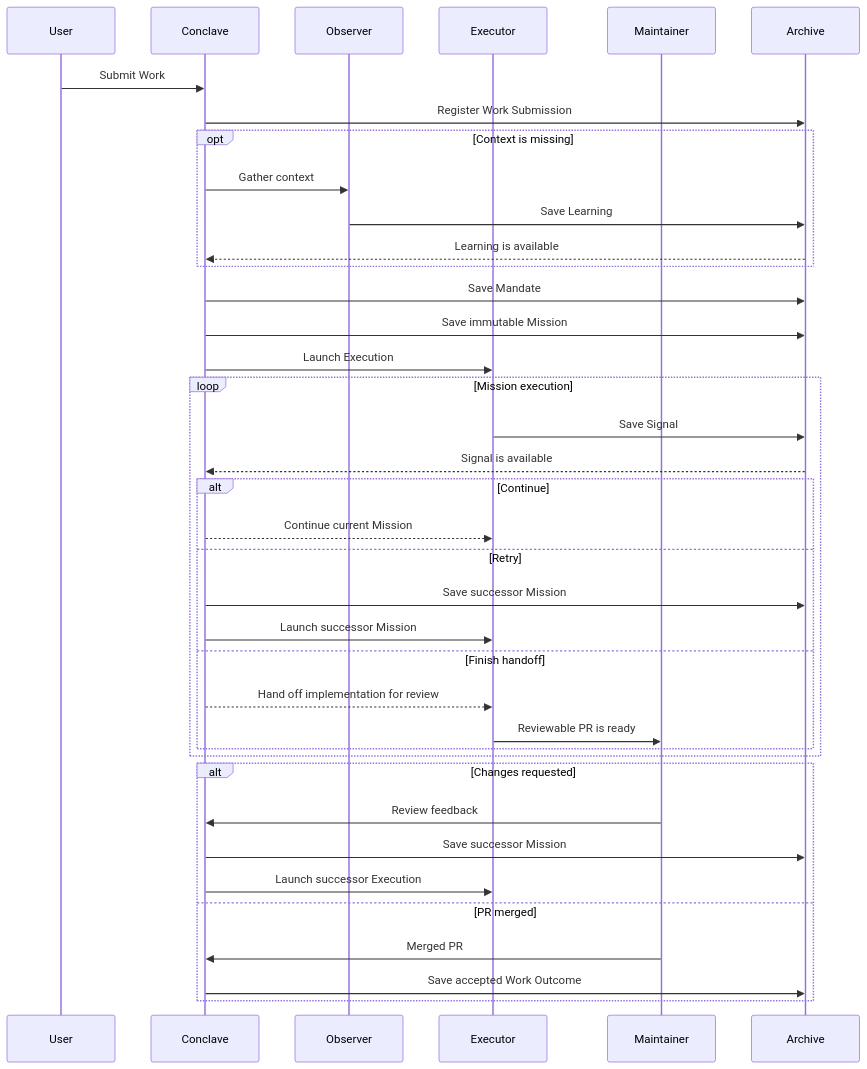
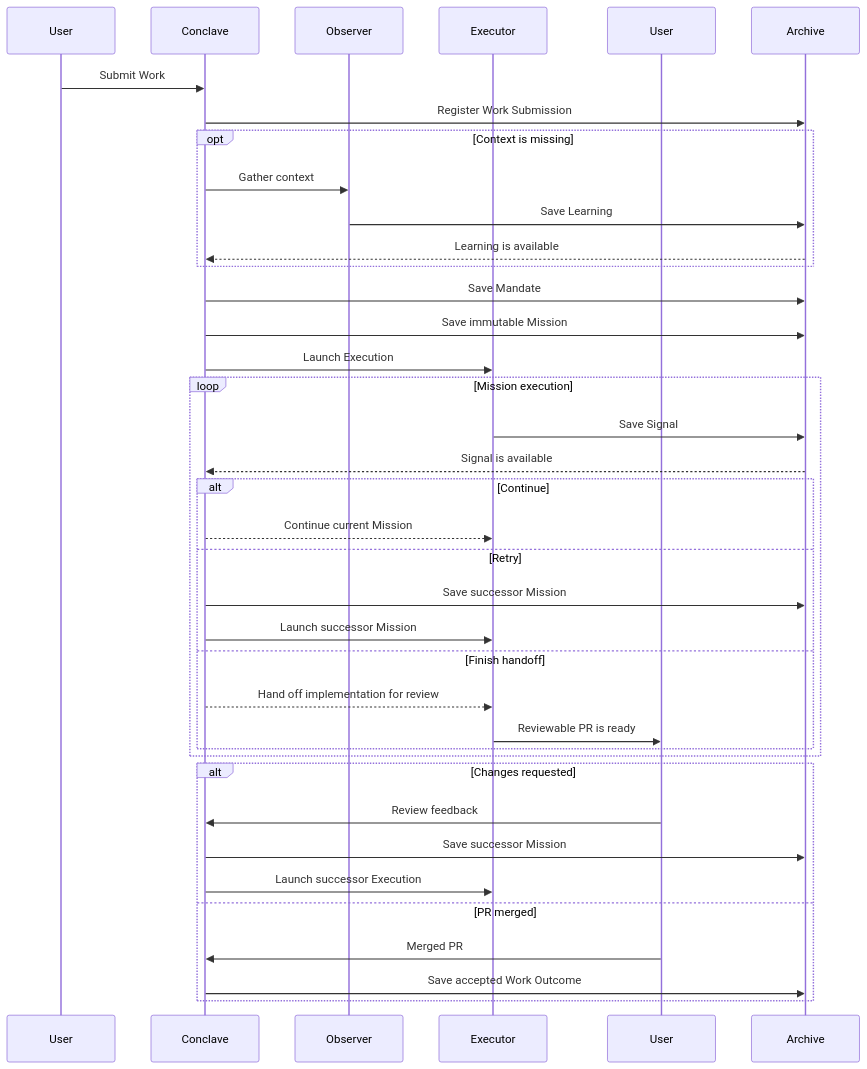
One commit to pesap/khala changed the diagram in README.md. Above: the diagram before and after it, drawn with Mermaid. The commit also changed other lines of this file and 19 other files, not shown here.

````diff
--- a/README.md
+++ b/README.md
@@ -64,46 +64,46 @@
 ```mermaid
 sequenceDiagram
     participant U as User
     participant C as Conclave
     participant O as Observer
     participant E as Executor
-    participant H as Maintainer
+    participant H as User
     participant A as Archive
 
     U->>C: Submit Work
     C->>A: Register Work Submission
 
     opt Context is missing
         C->>O: Gather context
         O->>A: Save Learning
         A-->>C: Learning is available
     end
 
     C->>A: Save Mandate
     C->>A: Save immutable Mission
     C->>E: Launch Execution
 
     loop Mission execution
         E->>A: Save Signal
         A-->>C: Signal is available
 
         alt Continue
             C-->>E: Continue current Mission
         else Retry
             C->>A: Save successor Mission
             C->>E: Launch successor Mission
         else Finish handoff
             C-->>E: Hand off implementation for review
             E->>H: Reviewable PR is ready
         end
     end
 
     alt Changes requested
         H->>C: Review feedback
         C->>A: Save successor Mission
         C->>E: Launch successor Execution
     else PR merged
         H->>C: Merged PR
         C->>A: Save accepted Work Outcome
     end
 ```
````
